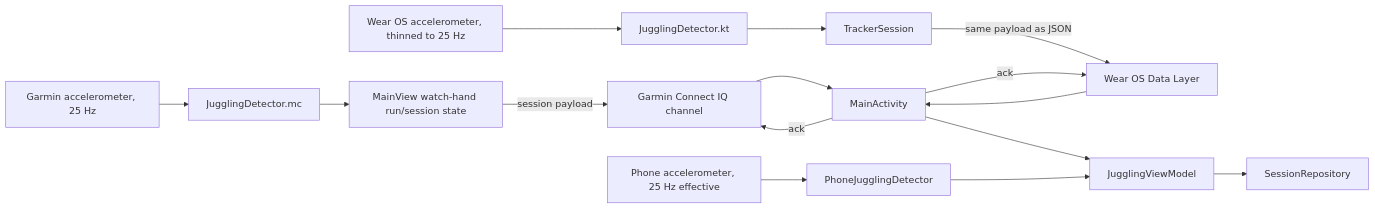
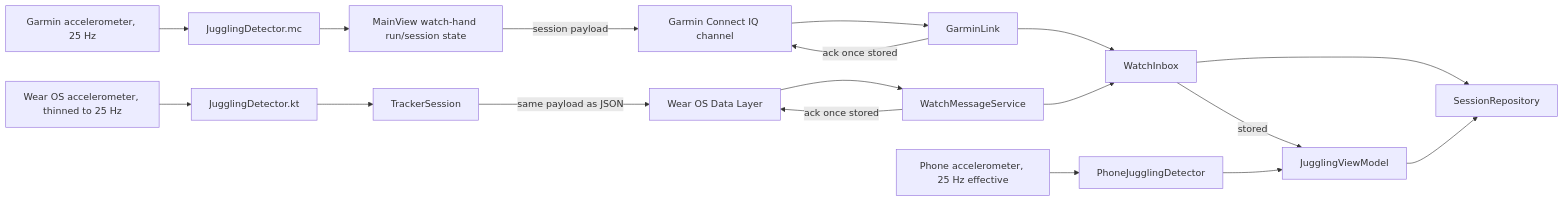
Before and after one commit to jumlauft/JugglingTracker: the diagram in README.md, drawn with Mermaid. The commit also changed other lines of this file and 3 other files, not shown here.

````diff
--- a/README.md
+++ b/README.md
@@ -34,17 +38,20 @@
 ```mermaid
 flowchart LR
     A[Garmin accelerometer, 25 Hz] --> B[JugglingDetector.mc]
     B --> C[MainView watch-hand run/session state]
     C -->|session payload| D[Garmin Connect IQ channel]
-    D --> E[MainActivity]
+    D --> GL[GarminLink]
+    GL --> E[WatchInbox]
     W[Wear OS accelerometer, thinned to 25 Hz] --> X[JugglingDetector.kt]
     X --> Y[TrackerSession]
     Y -->|same payload as JSON| Z[Wear OS Data Layer]
-    Z --> E
-    E --> F[JugglingViewModel]
+    Z --> WS[WatchMessageService]
+    WS --> E
+    E --> G[SessionRepository]
+    E -->|stored| F[JugglingViewModel]
     P[Phone accelerometer, 25 Hz effective] --> Q[PhoneJugglingDetector]
     Q --> F
-    F --> G[SessionRepository]
-    E -->|ack| D
-    E -->|ack| Z
+    F --> G
+    GL -->|ack once stored| D
+    WS -->|ack once stored| Z
 ```
````
